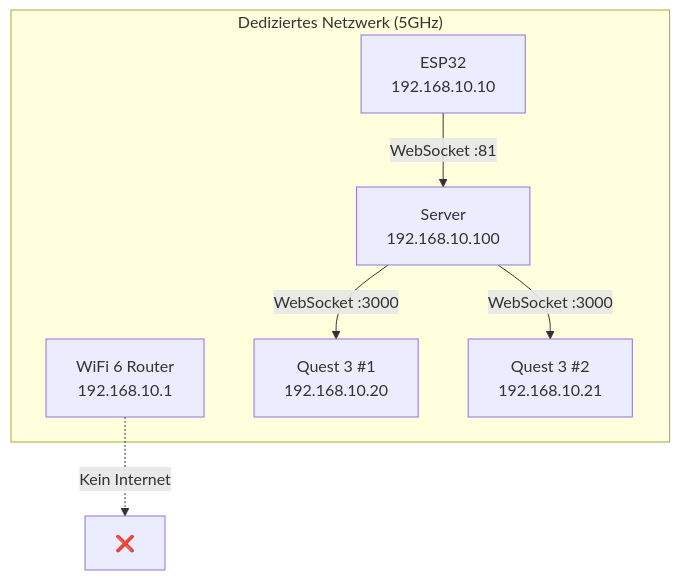
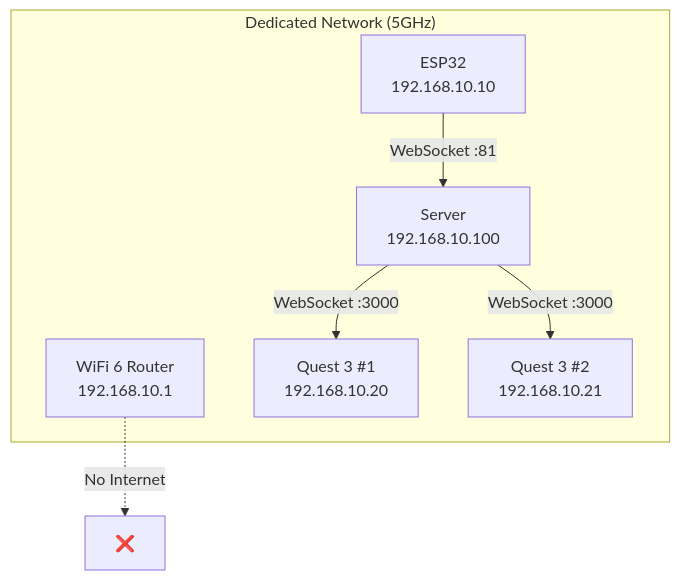
Before and after one commit to dweigend/neural-flight: the fifth of 5 diagrams in docs/PROJEKT_STRUKTUR.md, drawn with Mermaid. The commit also changed other lines of this file and 31 other files, not shown here.

````diff
--- a/docs/PROJEKT_STRUKTUR.md
+++ b/docs/PROJEKT_STRUKTUR.md
@@ -770,17 +770,17 @@
 ```mermaid
 graph TB
-    subgraph Dedicated["Dediziertes Netzwerk (5GHz)"]
+    subgraph Dedicated["Dedicated Network (5GHz)"]
         ROUTER[WiFi 6 Router<br/>192.168.10.1]
         
         ESP[ESP32<br/>192.168.10.10]
         QUEST1[Quest 3 #1<br/>192.168.10.20]
         QUEST2[Quest 3 #2<br/>192.168.10.21]
         SERVER[Server<br/>192.168.10.100]
     end
     
     ESP -->|WebSocket :81| SERVER
     SERVER -->|WebSocket :3000| QUEST1
     SERVER -->|WebSocket :3000| QUEST2
     
-    ROUTER -.->|Kein Internet| X[❌]
+    ROUTER -.->|No Internet| X[❌]
 ```
````
